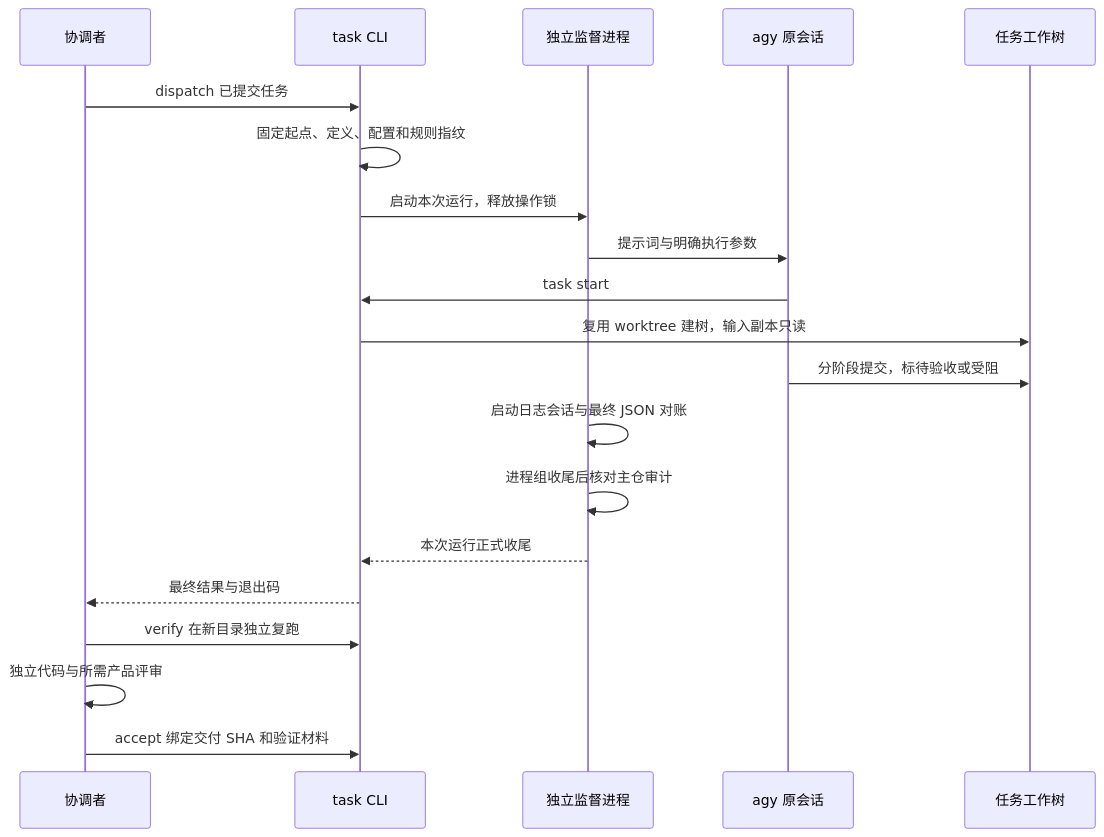
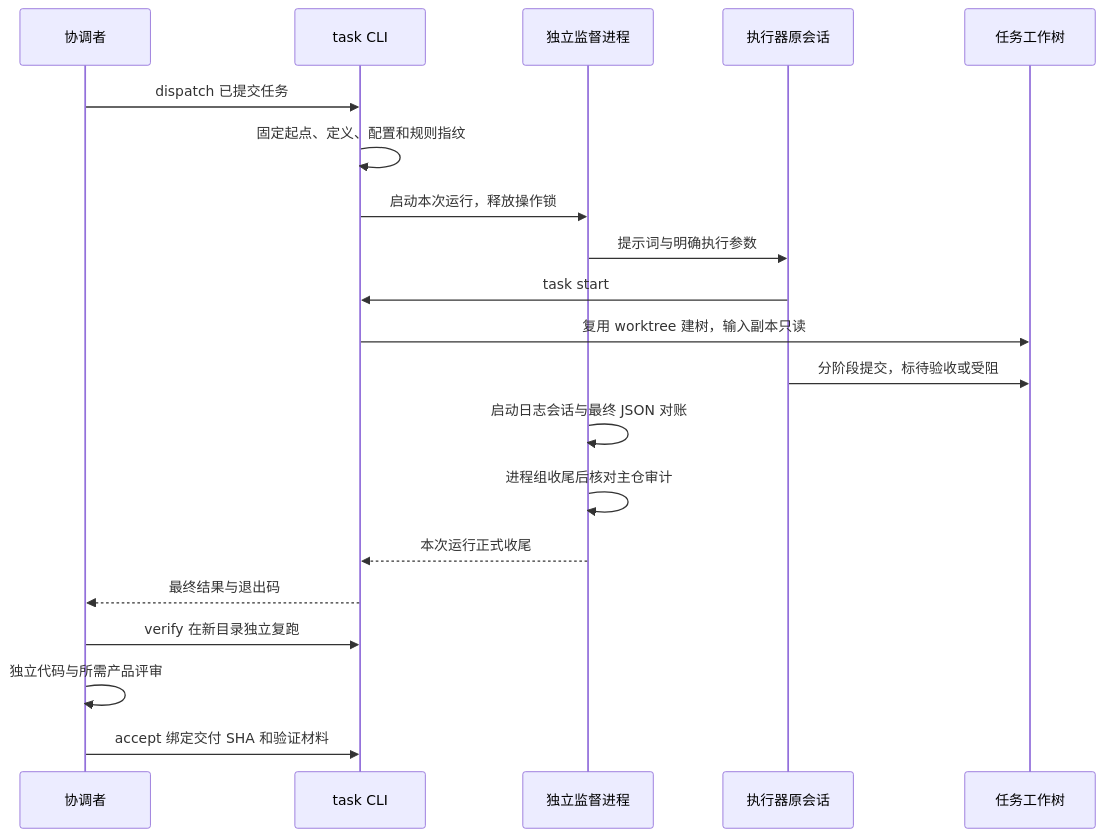
Before and after one commit to iazrael/nexus-kit: the diagram in docs/架构算法/任务协作.md, drawn with Mermaid. The commit also changed other lines of this file and 45 other files, not shown here.

````diff
--- a/docs/架构算法/任务协作.md
+++ b/docs/架构算法/任务协作.md
@@ -9,22 +9,22 @@
 ```mermaid
 sequenceDiagram
   participant C as 协调者
   participant T as task CLI
   participant S as 独立监督进程
-  participant A as agy 原会话
+  participant A as 执行器原会话
   participant W as 任务工作树
   C->>T: dispatch 已提交任务
   T->>T: 固定起点、定义、配置和规则指纹
   T->>S: 启动本次运行，释放操作锁
   S->>A: 提示词与明确执行参数
   A->>T: task start
   T->>W: 复用 worktree 建树，输入副本只读
   A->>W: 分阶段提交，标待验收或受阻
   S->>S: 启动日志会话与最终 JSON 对账
   S->>S: 进程组收尾后核对主仓审计
   S-->>T: 本次运行正式收尾
   T-->>C: 最终结果与退出码
   C->>T: verify 在新目录独立复跑
   C->>C: 独立代码与所需产品评审
   C->>T: accept 绑定交付 SHA 和验证材料
 ```
````
